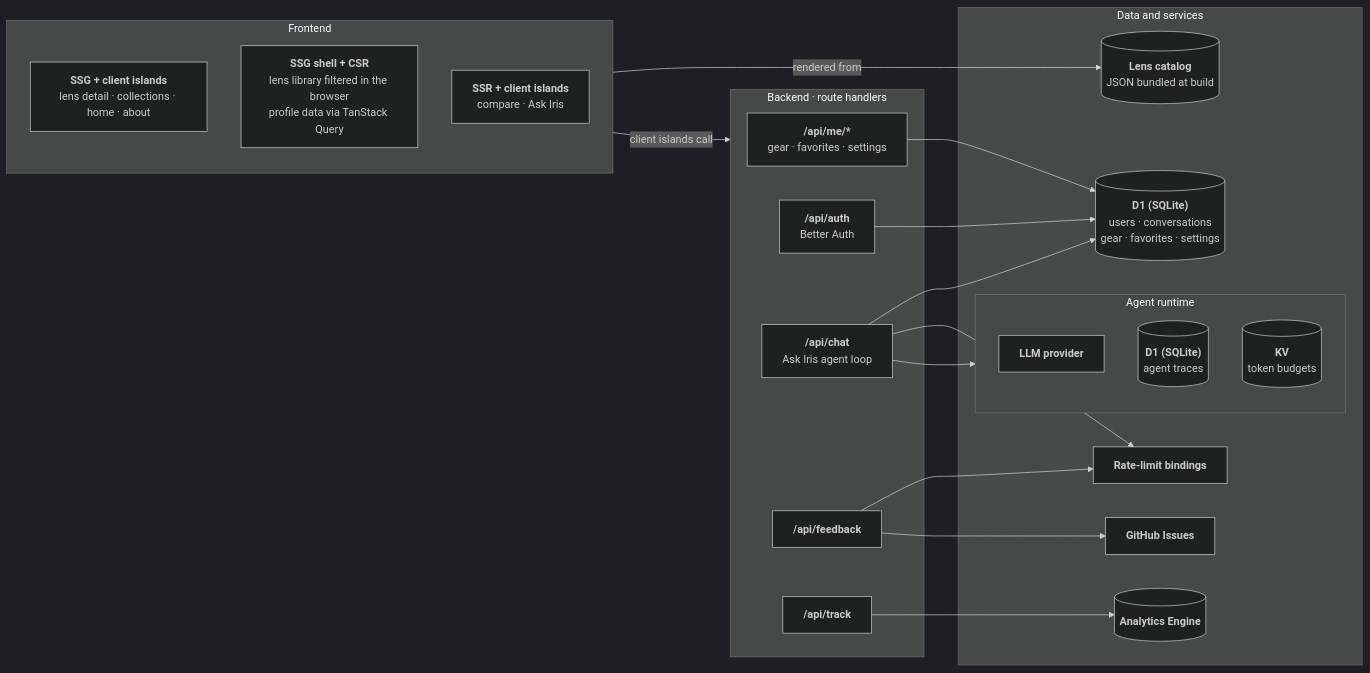
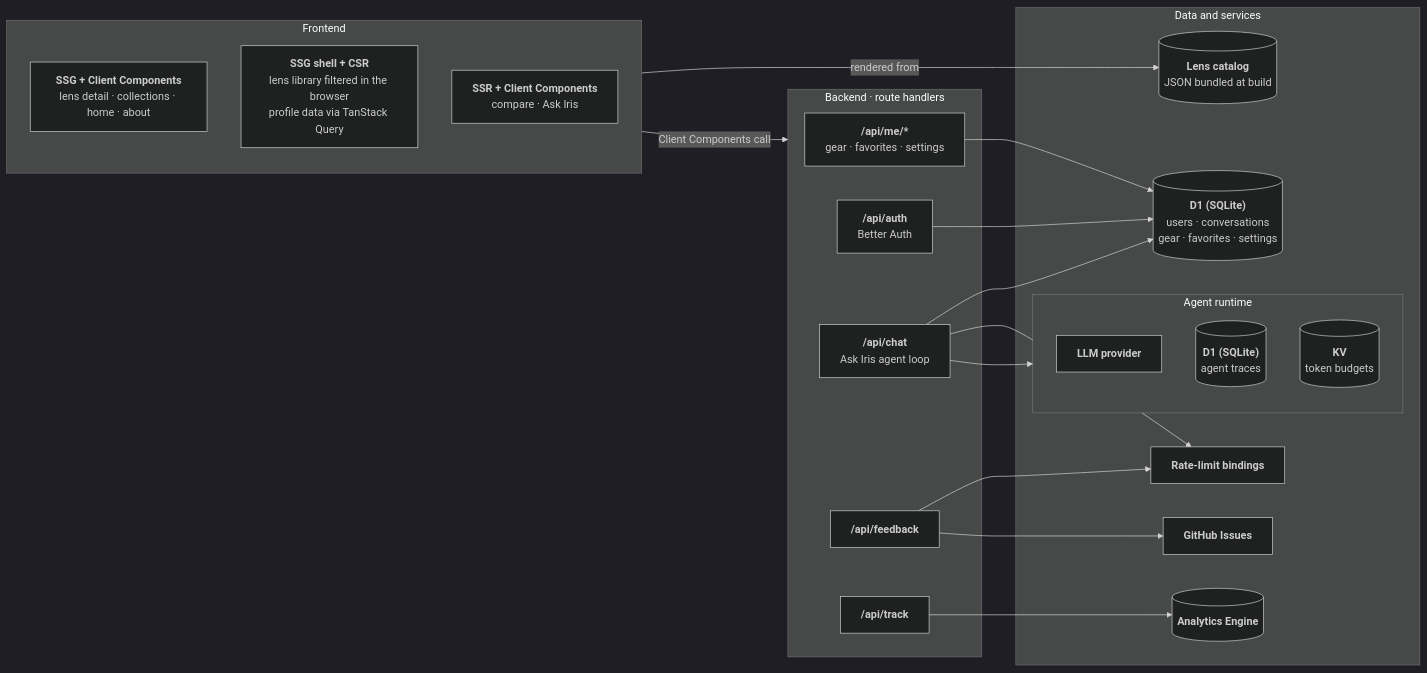
Before and after one commit to sentacraft/atlens: the first of 3 diagrams in README.md, drawn with Mermaid (dark theme). The commit also changed other lines of this file, not shown here.

Commit message:
docs: use Next.js terms (Server and Client Components) instead of islands

````diff
--- a/README.md
+++ b/README.md
@@ -56,37 +56,37 @@
 ```mermaid
 flowchart LR
   subgraph frontend["Frontend"]
-    SSG["<b>SSG + client islands</b><br/>lens detail · collections · home · about"]
+    SSG["<b>SSG + Client Components</b><br/>lens detail · collections · home · about"]
     CSR["<b>SSG shell + CSR</b><br/>lens library filtered in the browser<br/>profile data via TanStack Query"]
-    SSR["<b>SSR + client islands</b><br/>compare · Ask Iris"]
+    SSR["<b>SSR + Client Components</b><br/>compare · Ask Iris"]
   end
 
   subgraph backend["Backend · route handlers"]
     ME["<b>/api/me/*</b><br/>gear · favorites · settings"]
     AUTH["<b>/api/auth</b><br/>Better Auth"]
     CHAT["<b>/api/chat</b><br/>Ask Iris agent loop"]
     FEEDBACK["<b>/api/feedback</b>"]
     TRACK["<b>/api/track</b>"]
   end
 
   subgraph services["Data and services"]
     LENSDATA[("<b>Lens catalog</b><br/>JSON bundled at build")]
     APPDB[("<b>D1 (SQLite)</b><br/>users · conversations<br/>gear · favorites · settings")]
     subgraph agent["Agent runtime"]
       LLM["<b>LLM provider</b>"]
       TRACES[("<b>D1 (SQLite)</b><br/>agent traces")]
       BUDGET[("<b>KV</b><br/>token budgets")]
     end
     LIMITS["<b>Rate-limit bindings</b>"]
     ISSUES["<b>GitHub Issues</b>"]
     EVENTS[("<b>Analytics Engine</b>")]
   end
 
   frontend -->|"rendered from"| LENSDATA
-  frontend -->|"client islands call"| backend
+  frontend -->|"Client Components call"| backend
   ME & AUTH & CHAT --> APPDB
   CHAT --> agent
   CHAT & FEEDBACK --> LIMITS
   FEEDBACK --> ISSUES
   TRACK --> EVENTS
 ```
````
